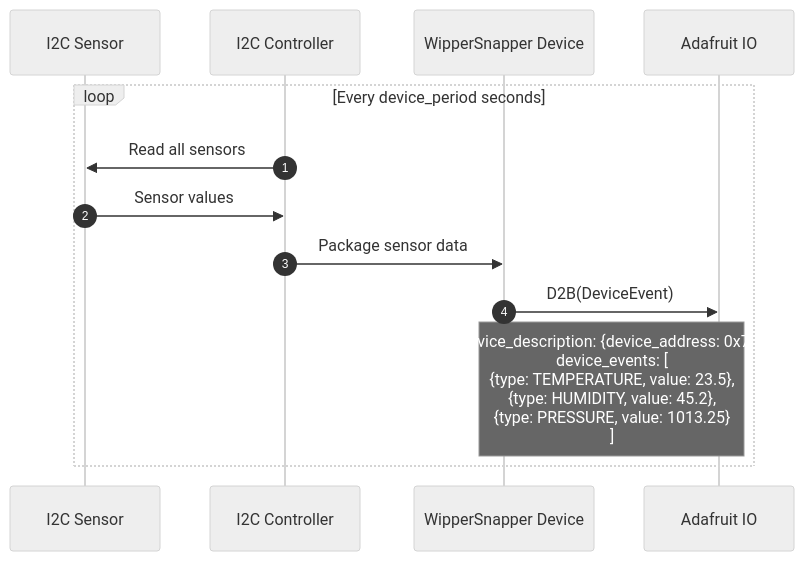
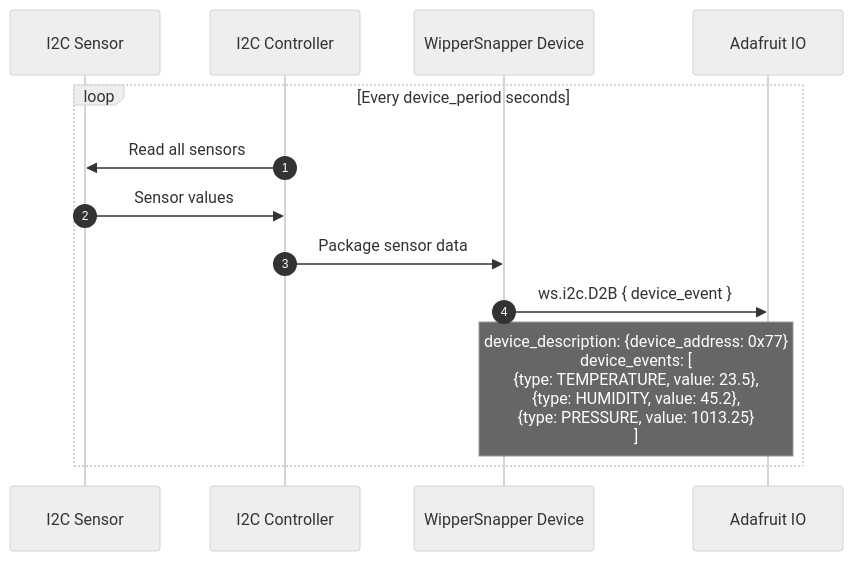
Before and after one commit to adafruit/Wippersnapper_Protobuf: the third of 4 diagrams in proto/wippersnapper/docs/i2c.md, drawn with Mermaid (neutral theme). The commit also changed other lines of this file and 10 other files, not shown here.

````diff
--- a/proto/wippersnapper/docs/i2c.md
+++ b/proto/wippersnapper/docs/i2c.md
@@ -125,16 +124,16 @@
 ```mermaid
 sequenceDiagram
 autonumber
 participant Sensor as I2C Sensor
 participant I2C as I2C Controller
 participant Device as WipperSnapper Device
 participant IO as Adafruit IO
 
 loop Every device_period seconds
     I2C->>Sensor: Read all sensors
     Sensor->>I2C: Sensor values
     I2C->>Device: Package sensor data
-    Device->>IO: D2B(DeviceEvent)
+    Device->>IO: ws.i2c.D2B { device_event }
     Note over Device,IO: device_description: {device_address: 0x77}<br/>device_events: [<br/>  {type: TEMPERATURE, value: 23.5},<br/>  {type: HUMIDITY, value: 45.2},<br/>  {type: PRESSURE, value: 1013.25}<br/>]
 end
 ```
````
